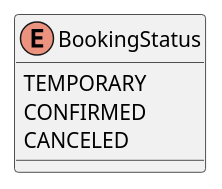
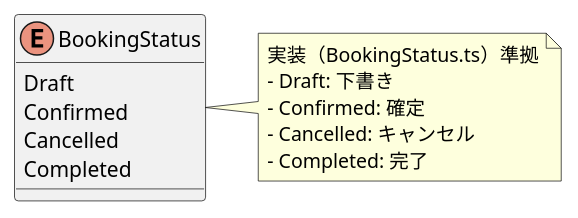
One commit to misdo-tabeyo/funny-reservation changed the diagram in src/Domain/models/Booking/BookingStatus/BookingStatus.pu. Above: the diagram before and after it, drawn with PlantUML. The commit also changed 7 other files, not shown here.

Commit message:
docs: ドメインモデル図を実装に合わせて更新

```diff
--- a/src/Domain/models/Booking/BookingStatus/BookingStatus.pu
+++ b/src/Domain/models/Booking/BookingStatus/BookingStatus.pu
@@ -1,7 +1,16 @@
 @startuml BookingStatus
 enum "BookingStatus" as BookingStatus {
-  TEMPORARY
-  CONFIRMED
-  CANCELED
+  Draft
+  Confirmed
+  Cancelled
+  Completed
 }
+
+note right of BookingStatus
+  実装（BookingStatus.ts）準拠
+  - Draft: 下書き
+  - Confirmed: 確定
+  - Cancelled: キャンセル
+  - Completed: 完了
+end note
 @enduml
```
